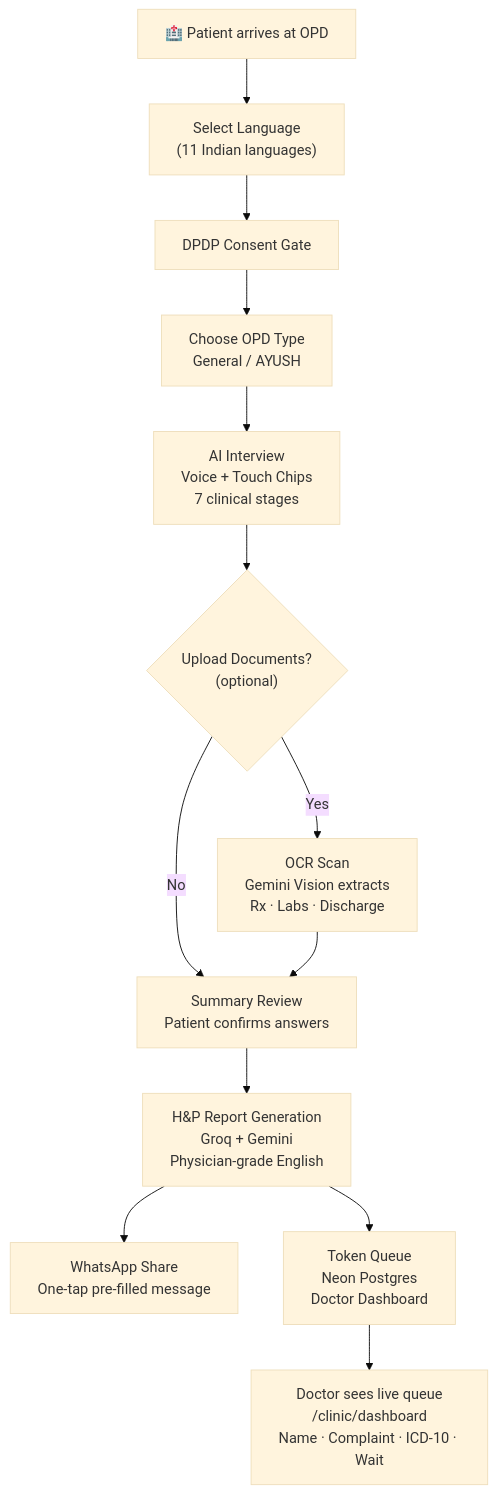
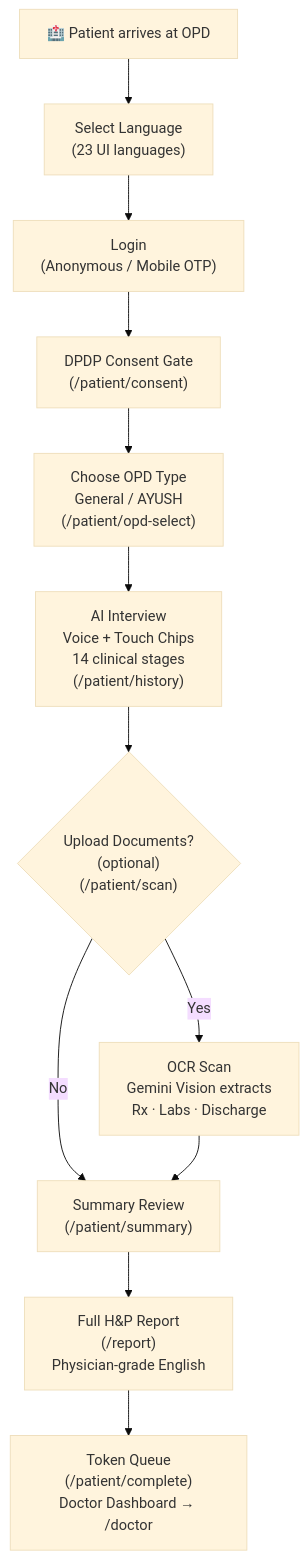
The diagram in README.md (mayankcodes-dev/clinIQ), drawn with Mermaid (base theme) before and after one commit. The commit also changed other lines of this file and 3 other files, not shown here.

Commit message:
fix(critical): restore /report page — move session clear to complete page; remove Aadhaar line from consent; update README (23 langs, current model, features removed)

````diff
--- a/README.md
+++ b/README.md
@@ -184,15 +196,14 @@
 ```mermaid
 flowchart TD
-    A["🏥 Patient arrives at OPD"] --> B["Select Language\n(11 Indian languages)"]
-    B --> C["DPDP Consent Gate"]
-    C --> D["Choose OPD Type\nGeneral / AYUSH"]
-    D --> E["AI Interview\nVoice + Touch Chips\n7 clinical stages"]
-    E --> F{"Upload Documents?\n(optional)"}
-    F -- Yes --> G["OCR Scan\nGemini Vision extracts\nRx · Labs · Discharge"]
-    F -- No --> H["Summary Review\nPatient confirms answers"]
-    G --> H
-    H --> I["H&P Report Generation\nGroq + Gemini\nPhysician-grade English"]
-    I --> J["WhatsApp Share\nOne-tap pre-filled message"]
-    I --> K["Token Queue\nNeon Postgres\nDoctor Dashboard"]
-    K --> L["Doctor sees live queue\n/clinic/dashboard\nName · Complaint · ICD-10 · Wait"]
+    A["🏥 Patient arrives at OPD"] --> B["Select Language\n(23 UI languages)"]
+    B --> C["Login\n(Anonymous / Mobile OTP)"]
+    C --> D["DPDP Consent Gate\n(/patient/consent)"]
+    D --> E["Choose OPD Type\nGeneral / AYUSH\n(/patient/opd-select)"]
+    E --> F["AI Interview\nVoice + Touch Chips\n14 clinical stages\n(/patient/history)"]
+    F --> G{"Upload Documents?\n(optional)\n(/patient/scan)"}
+    G -- Yes --> H["OCR Scan\nGemini Vision extracts\nRx · Labs · Discharge"]
+    G -- No --> I["Summary Review\n(/patient/summary)"]
+    H --> I
+    I --> J["Full H&P Report\n(/report)\nPhysician-grade English"]
+    J --> K["Token Queue\n(/patient/complete)\nDoctor Dashboard → /doctor"]
 ```
````
